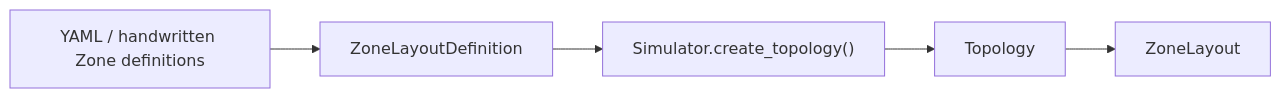
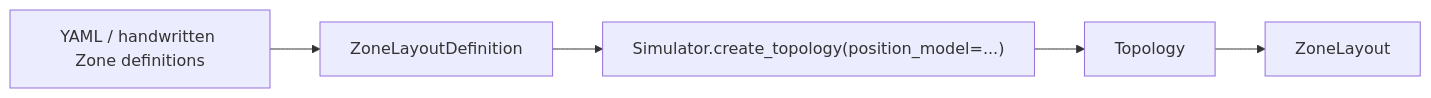
Before and after one commit to seed-labs/skyseed: the first of 2 diagrams in skyseed_v2/src/skyseed_v2/configuration/simulator/README.md, drawn with Mermaid. The commit also changed other lines of this file and 94 other files, not shown here.

````diff
--- a/skyseed_v2/src/skyseed_v2/configuration/simulator/README.md
+++ b/skyseed_v2/src/skyseed_v2/configuration/simulator/README.md
@@ -13,7 +13,7 @@
 ```mermaid
 flowchart LR
     SOURCE["YAML / handwritten Zone definitions"] --> DEF["ZoneLayoutDefinition"]
-    DEF --> CREATE["Simulator.create_topology()"]
+    DEF --> CREATE["Simulator.create_topology(position_model=...)"]
     CREATE --> TOPOLOGY["Topology"]
     TOPOLOGY --> LAYOUT["ZoneLayout"]
 ```
````
